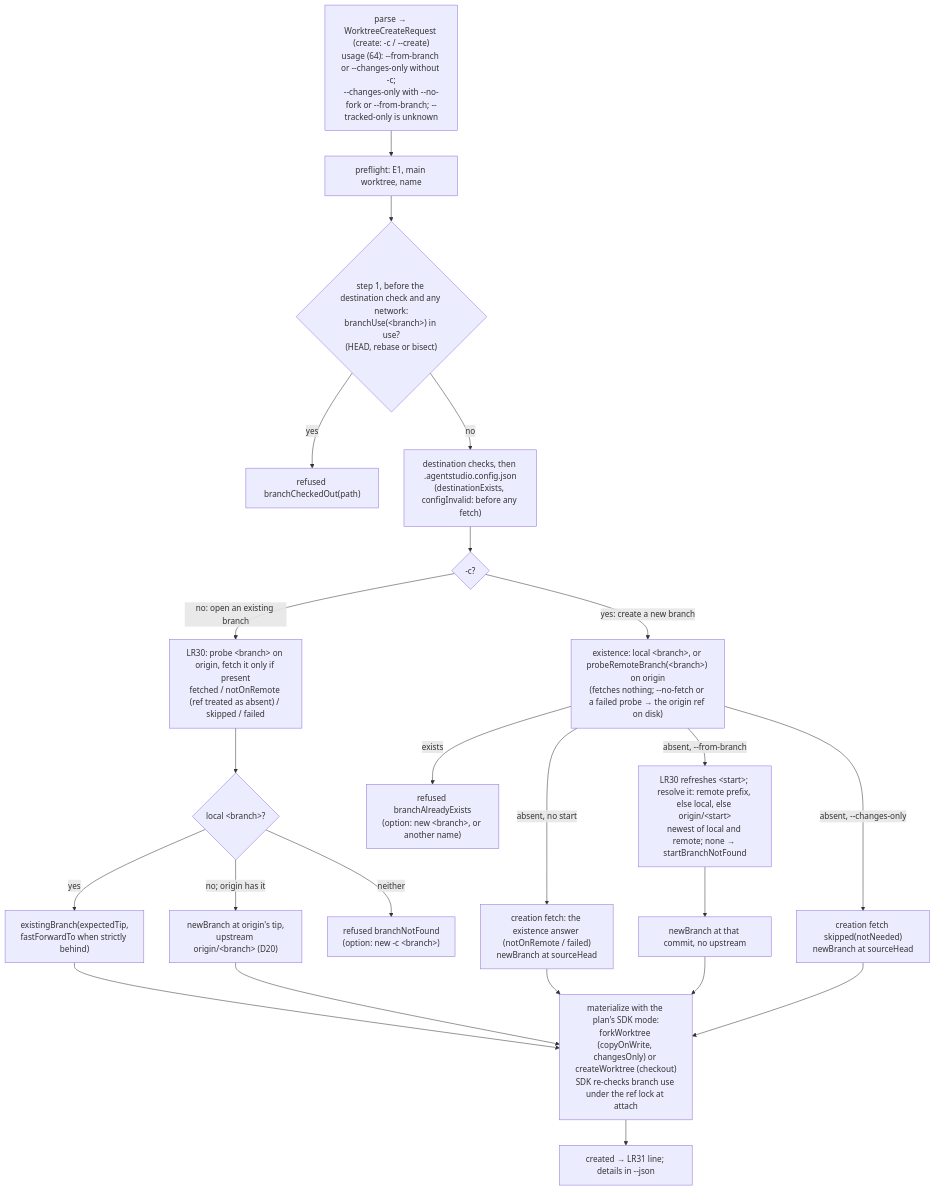
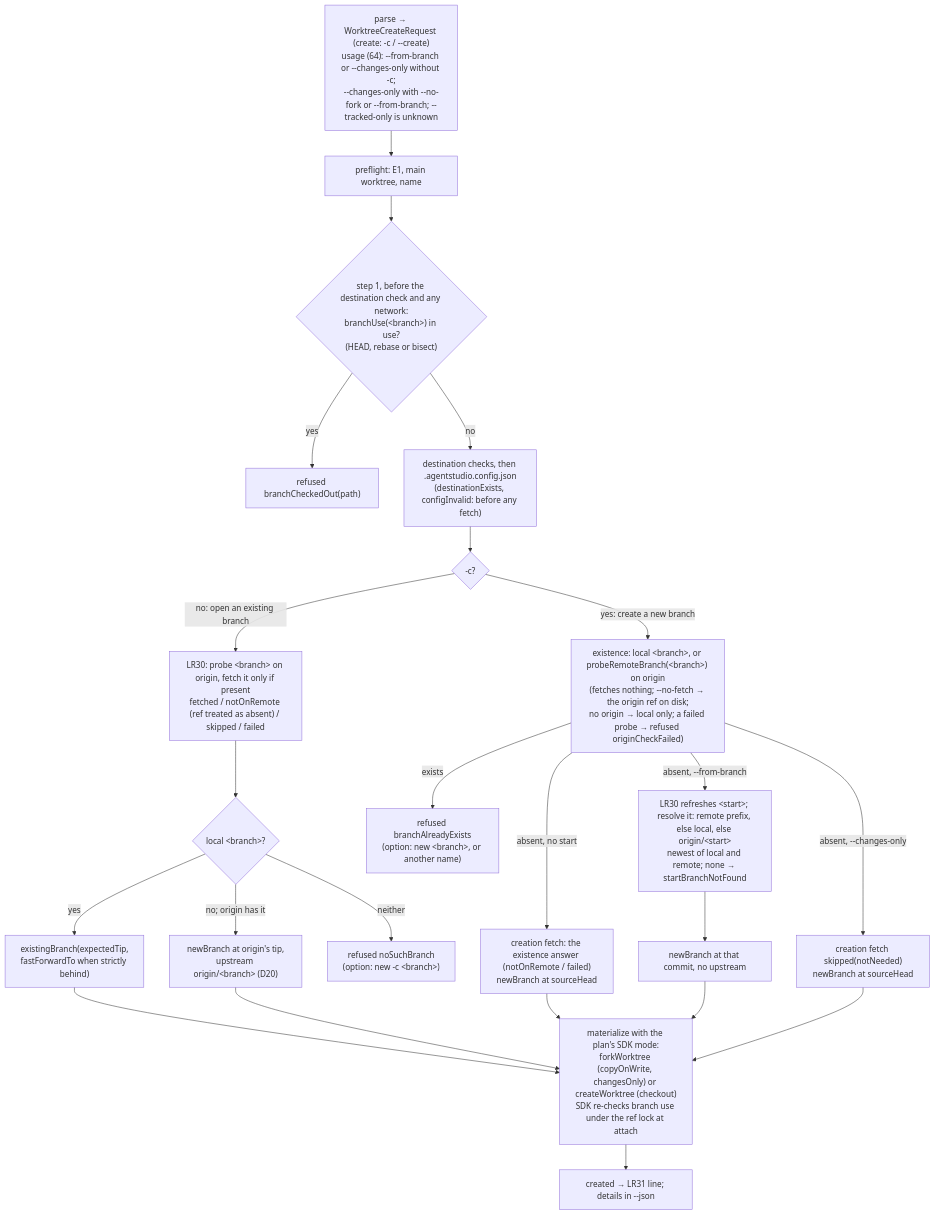
The ninth of 10 diagrams in docs/specs/2026-09-30-worktree-lifecycle/2026-09-30-worktree-lifecycle-program-design.md (getagentstudio/agentstudio), drawn with Mermaid before and after one commit. The commit also changed other lines of this file and 1 other file, not shown here.

Commit message:
Design D23 review: every creating form says -c, noSuchBranch, -c fails closed with originCheckFailed

````diff
--- a/docs/specs/2026-09-30-worktree-lifecycle/2026-09-30-worktree-lifecycle-program-design.md
+++ b/docs/specs/2026-09-30-worktree-lifecycle/2026-09-30-worktree-lifecycle-program-design.md
@@ -733,20 +734,20 @@
 ```mermaid
 flowchart TB
   A["parse → WorktreeCreateRequest (create: -c / --create)<br/>usage (64): --from-branch or --changes-only without -c;<br/>--changes-only with --no-fork or --from-branch; --tracked-only is unknown"] --> B["preflight: E1, main worktree, name"]
   B --> K{"step 1, before the destination check and any network:<br/>branchUse(&lt;branch&gt;) in use?<br/>(HEAD, rebase or bisect)"}
   K -->|yes| R1["refused branchCheckedOut(path)"]
   K -->|no| DST["destination checks, then .agentstudio.config.json<br/>(destinationExists, configInvalid: before any fetch)"] --> CR{"-c?"}
   CR -->|"no: open an existing branch"| F["LR30: probe &lt;branch&gt; on origin, fetch it only if present<br/>fetched / notOnRemote (ref treated as absent) / skipped / failed"]
   F --> L{"local &lt;branch&gt;?"}
   L -->|yes| X["existingBranch(expectedTip,<br/>fastForwardTo when strictly behind)"]
   L -->|"no; origin has it"| Y["newBranch at origin's tip,<br/>upstream origin/&lt;branch&gt; (D20)"]
-  L -->|neither| R4["refused branchNotFound<br/>(option: new -c &lt;branch&gt;)"]
-  CR -->|"yes: create a new branch"| P["existence: local &lt;branch&gt;, or probeRemoteBranch(&lt;branch&gt;) on origin<br/>(fetches nothing; --no-fetch or a failed probe → the origin ref on disk)"]
+  L -->|neither| R4["refused noSuchBranch<br/>(option: new -c &lt;branch&gt;)"]
+  CR -->|"yes: create a new branch"| P["existence: local &lt;branch&gt;, or probeRemoteBranch(&lt;branch&gt;) on origin<br/>(fetches nothing; --no-fetch → the origin ref on disk;<br/>no origin → local only; a failed probe → refused originCheckFailed)"]
   P -->|exists| R2["refused branchAlreadyExists<br/>(option: new &lt;branch&gt;, or another name)"]
   P -->|"absent, --changes-only"| CO["creation fetch skipped(notNeeded)<br/>newBranch at sourceHead"]
   P -->|"absent, --from-branch"| T2["LR30 refreshes &lt;start&gt;; resolve it: remote prefix, else local, else origin/&lt;start&gt;<br/>newest of local and remote; none → startBranchNotFound"]
   T2 --> N["newBranch at that commit, no upstream"]
   P -->|"absent, no start"| Z["creation fetch: the existence answer (notOnRemote / failed)<br/>newBranch at sourceHead"]
   X & Y & Z & N & CO --> M["materialize with the plan's SDK mode:<br/>forkWorktree (copyOnWrite, changesOnly) or createWorktree (checkout)<br/>SDK re-checks branch use under the ref lock at attach"]
   M --> O["created → LR31 line; details in --json"]
 ```
````
